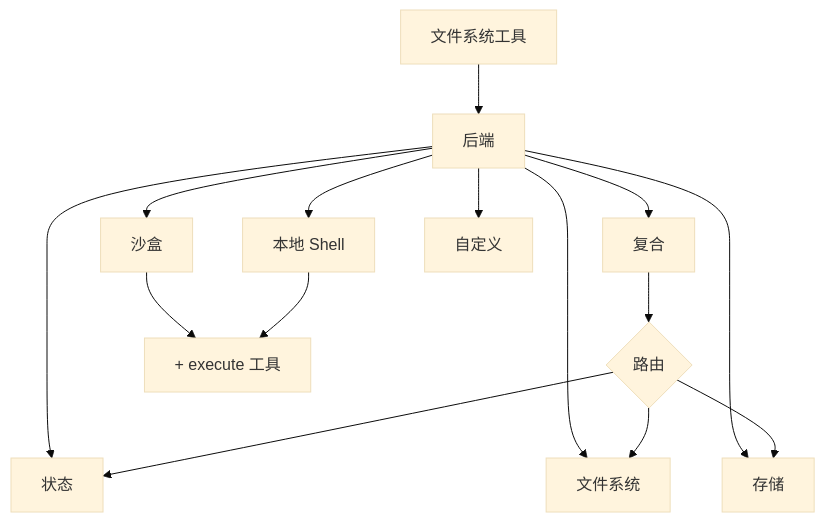
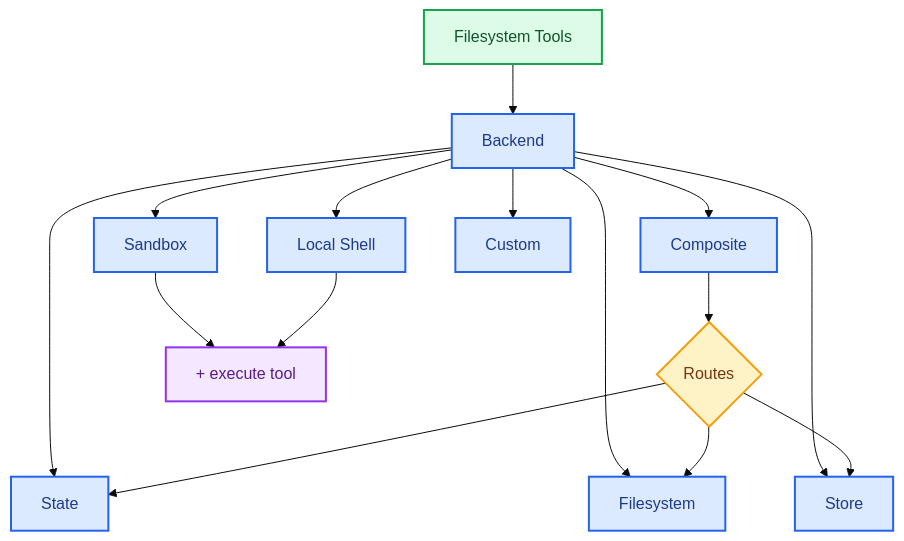
Before and after one commit to kunfan96/cndocs-langchain: the diagram in oss/python/deepagents/backends.mdx, drawn with Mermaid (base theme). The commit also changed other lines of this file and 2611 other files, not shown here.

````diff
--- a/oss/python/deepagents/backends.mdx
+++ b/oss/python/deepagents/backends.mdx
@@ -16,20 +47,30 @@
 ```mermaid
 graph TB
-    Tools[文件系统工具] --> Backend[后端]
+    Tools[Filesystem Tools] --> Backend[Backend]
 
-    Backend --> State[状态]
-    Backend --> Disk[文件系统]
-    Backend --> Store[存储]
-    Backend --> Sandbox[沙盒]
-    Backend --> LocalShell[本地 Shell]
-    Backend --> Composite[复合]
-    Backend --> Custom[自定义]
+    Backend --> State[State]
+    Backend --> Disk[Filesystem]
+    Backend --> Store[Store]
+    Backend --> Sandbox[Sandbox]
+    Backend --> LocalShell[Local Shell]
+    Backend --> Composite[Composite]
+    Backend --> Custom[Custom]
 
-    Composite --> Router{路由}
+    Composite --> Router{Routes}
     Router --> State
     Router --> Disk
     Router --> Store
 
-    Sandbox --> Execute["#43; execute 工具"]
-    LocalShell --> Execute["#43; execute 工具"]
+    Sandbox --> Execute["#43; execute tool"]
+    LocalShell --> Execute["#43; execute tool"]
+
+    classDef trigger fill:#DCFCE7,stroke:#16A34A,stroke-width:2px,color:#14532D
+    classDef process fill:#DBEAFE,stroke:#2563EB,stroke-width:2px,color:#1E3A8A
+    classDef decision fill:#FEF3C7,stroke:#F59E0B,stroke-width:2px,color:#78350F
+    classDef output fill:#F3E8FF,stroke:#9333EA,stroke-width:2px,color:#581C87
+
+    class Tools trigger
+    class Backend,State,Disk,Store,Sandbox,LocalShell,Composite,Custom process
+    class Router decision
+    class Execute output
 ```
````
